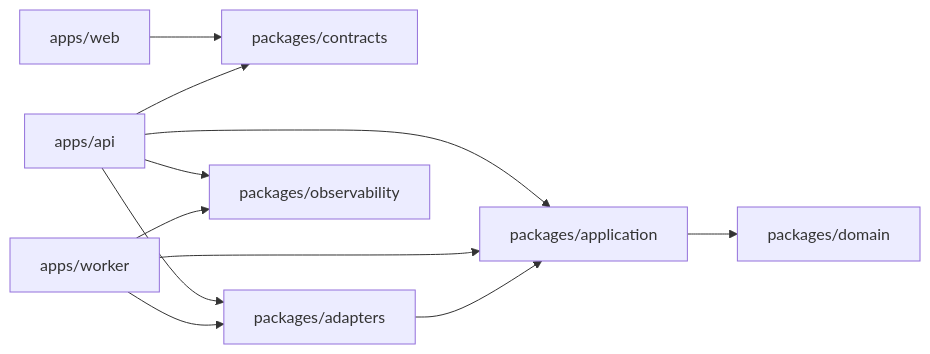
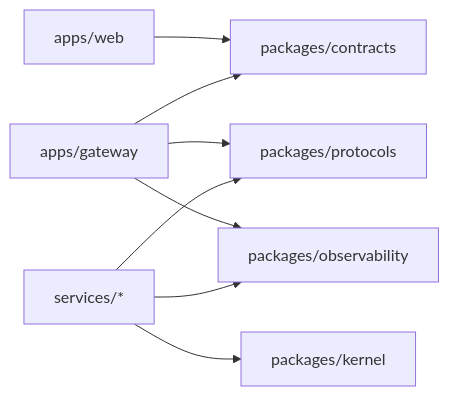
One commit to r4ai/news-podcast changed the first of 5 diagrams in docs/design.md. Above: the diagram before and after it, drawn with Mermaid. The commit also changed other lines of this file and 8 other files, not shown here.

Commit message:
docs(architecture): record legacy removal

````diff
--- a/docs/design.md
+++ b/docs/design.md
@@ -32,13 +32,10 @@
 ```mermaid
 flowchart LR
   Web["apps/web"] --> Contract["packages/contracts"]
-  Api["apps/api"] --> Contract
-  Api --> App["packages/application"]
-  Worker["apps/worker"] --> App
-  Adapter["packages/adapters"] --> App
-  App --> Domain["packages/domain"]
-  Api --> Adapter
-  Worker --> Adapter
-  Api --> Observability["packages/observability"]
-  Worker --> Observability
+  Gateway["apps/gateway"] --> Contract
+  Gateway --> Protocols["packages/protocols"]
+  Services["services/*"] --> Protocols
+  Services --> Kernel["packages/kernel"]
+  Gateway --> Observability["packages/observability"]
+  Services --> Observability
 ```
````
